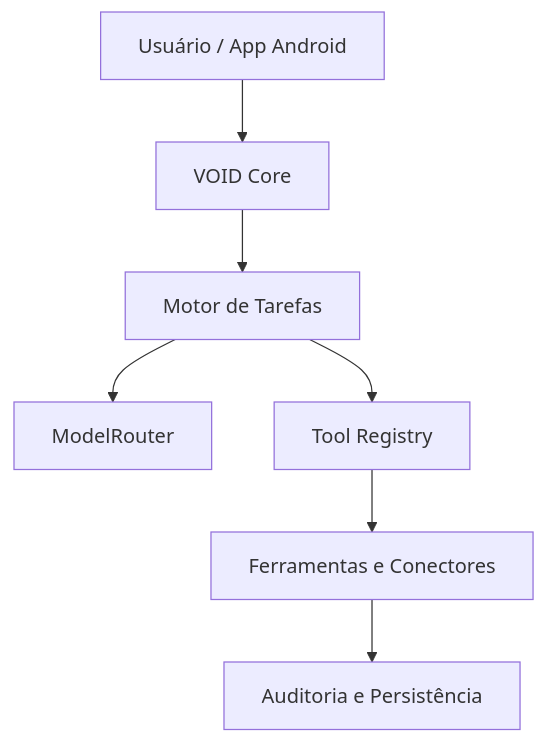
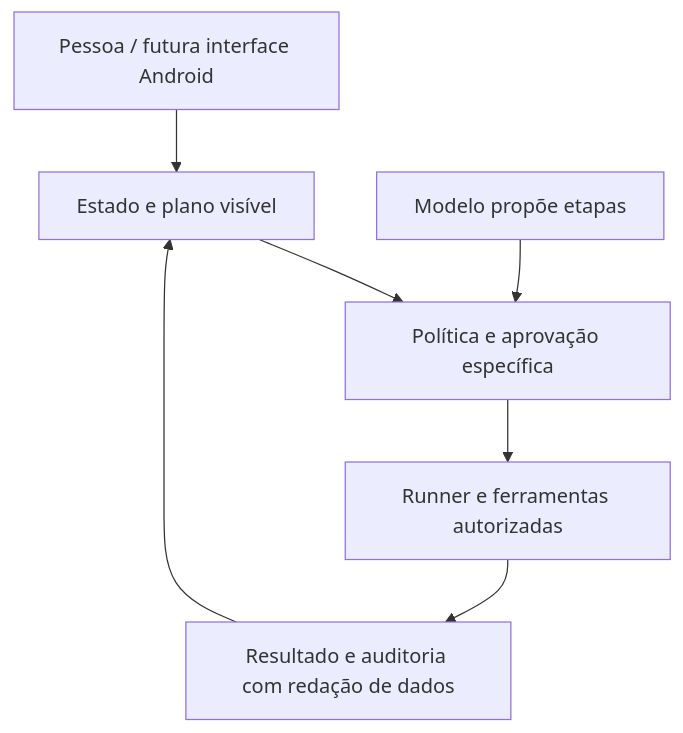
One commit to wandersonsaint014-hue/VOID-IA-public changed the diagram in README.md. Above: the diagram before and after it, drawn with Mermaid. The commit also changed other lines of this file and 3 other files, not shown here.

Commit message:
docs: refresh README and publish research, interface guide and roadmap

````diff
--- a/README.md
+++ b/README.md
@@ -7,9 +65,9 @@
 ```mermaid
-graph TD
-    A[Usuário / App Android] --> B[VOID Core]
-    B --> C[Motor de Tarefas]
-    C --> D[ModelRouter]
-    C --> E[Tool Registry]
-    E --> F[Ferramentas e Conectores]
-    F --> G[Auditoria e Persistência]
+flowchart TD
+    U[Pessoa / futura interface Android] --> S[Estado e plano visível]
+    S --> P[Política e aprovação específica]
+    P --> R[Runner e ferramentas autorizadas]
+    R --> A[Resultado e auditoria com redação de dados]
+    A --> S
+    M[Modelo propõe etapas] --> P
 ```
````
